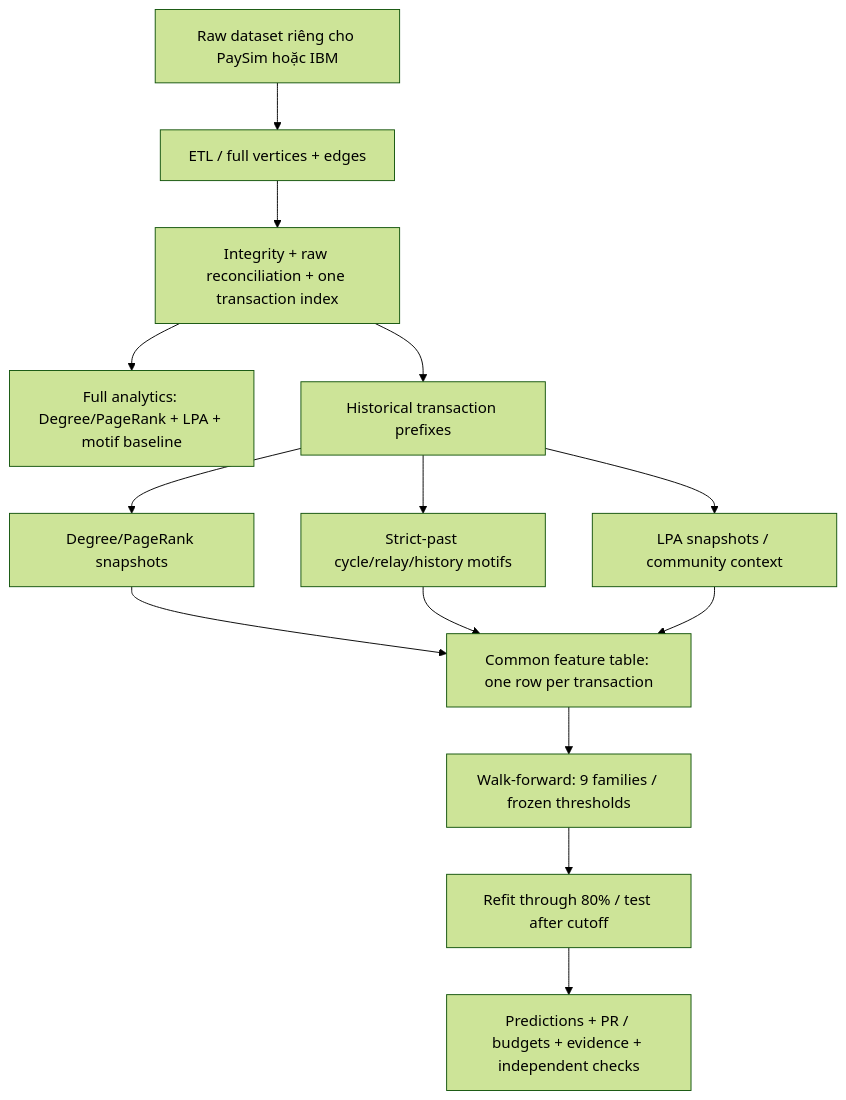
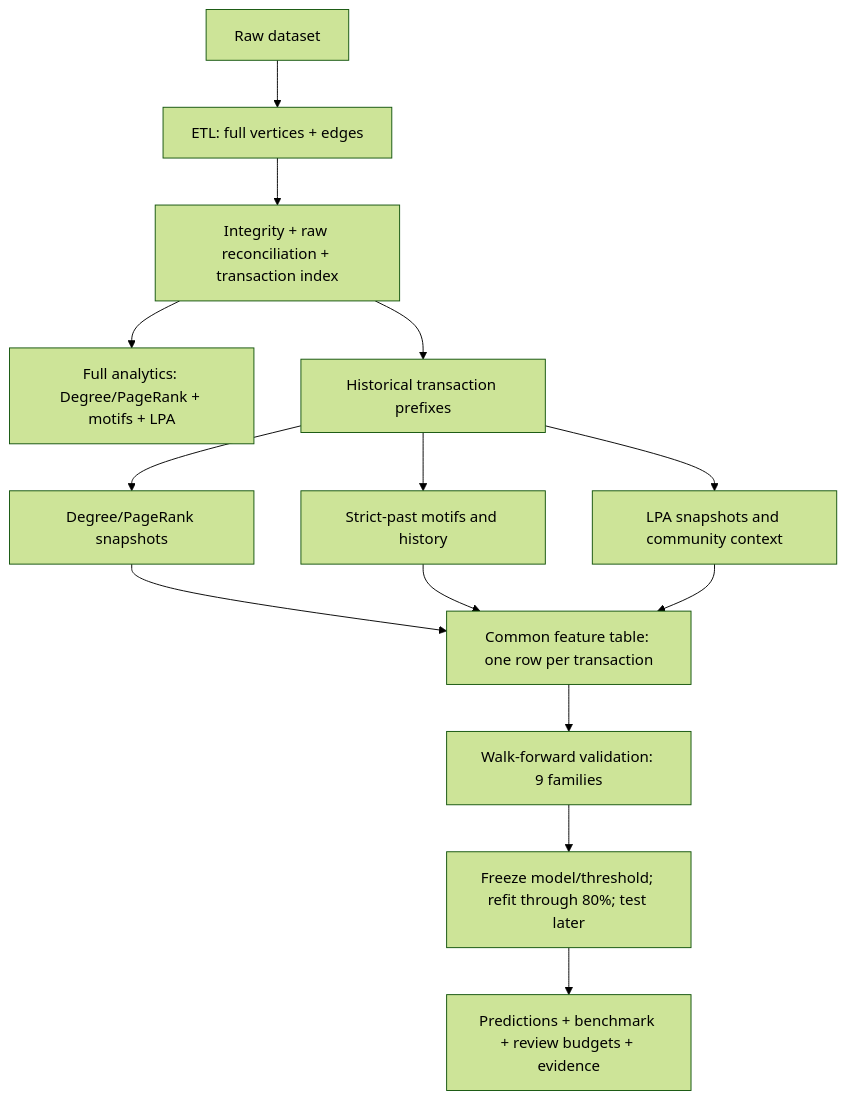
The diagram in README.md (harvey105/graphguard-amls-detection), drawn with Mermaid (forest theme) before and after one commit. The commit also changed other lines of this file and 30 other files, not shown here.

Commit message:
Complete full-data graph pipeline and publish concise project documentation

````diff
--- a/README.md
+++ b/README.md
@@ -39,16 +18,16 @@
 ```mermaid
 flowchart TD
-    R[Raw dataset riêng cho PaySim hoặc IBM] --> E[ETL / full vertices + edges]
-    E --> I[Integrity + raw reconciliation + one transaction index]
-    I --> A[Full analytics: Degree/PageRank + LPA + motif baseline]
+    R[Raw dataset] --> E[ETL: full vertices + edges]
+    E --> I[Integrity + raw reconciliation + transaction index]
+    I --> A[Full analytics: Degree/PageRank + motifs + LPA]
     I --> H[Historical transaction prefixes]
     H --> C[Degree/PageRank snapshots]
-    H --> M[Strict-past cycle/relay/history motifs]
-    H --> L[LPA snapshots / community context]
+    H --> M[Strict-past motifs and history]
+    H --> L[LPA snapshots and community context]
     C --> F[Common feature table: one row per transaction]
     M --> F
     L --> F
-    F --> V[Walk-forward: 9 families / frozen thresholds]
-    V --> T[Refit through 80% / test after cutoff]
-    T --> O[Predictions + PR / budgets + evidence + independent checks]
+    F --> V[Walk-forward validation: 9 families]
+    V --> T[Freeze model/threshold; refit through 80%; test later]
+    T --> O[Predictions + benchmark + review budgets + evidence]
 ```
````
